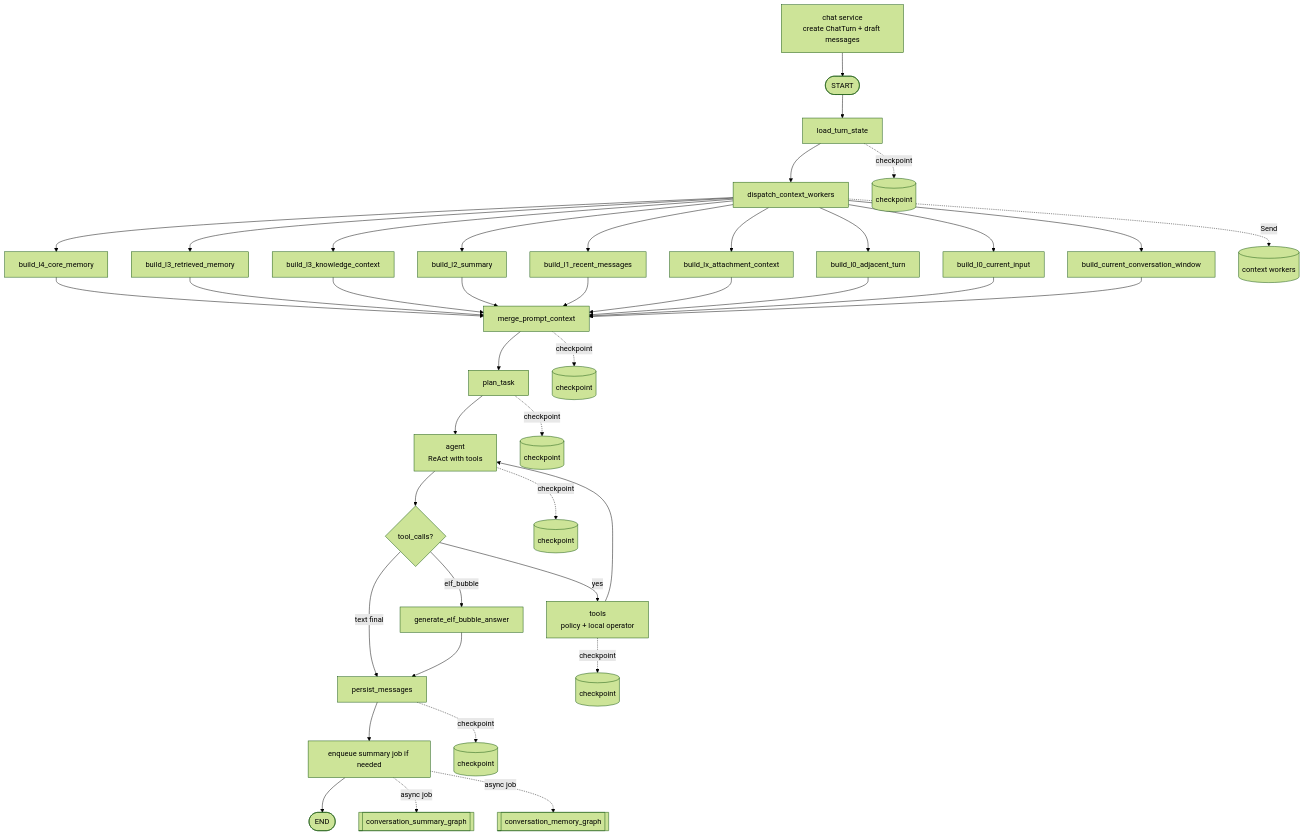
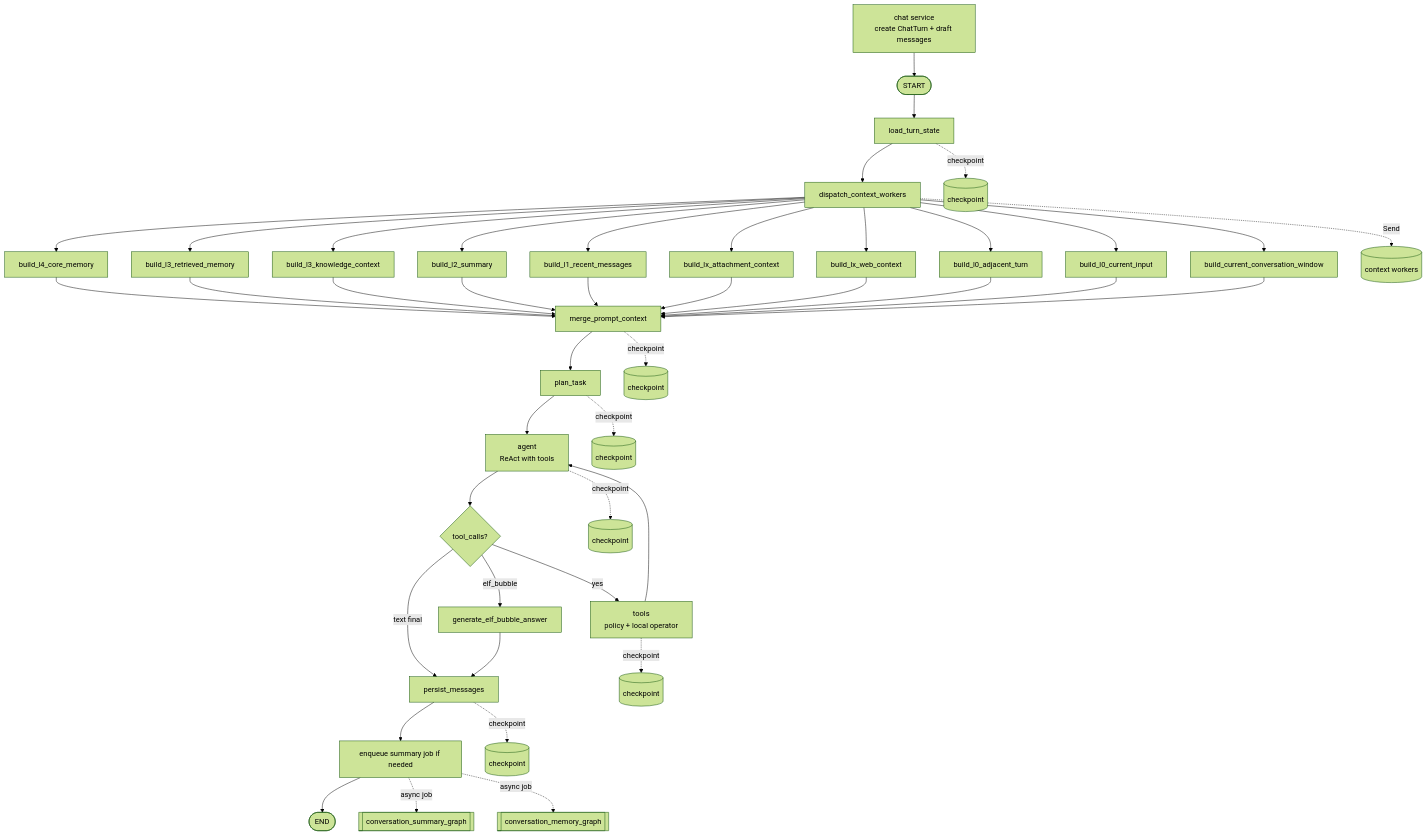
One commit to LiuJiaxuan1024/AiMemo changed the first of 5 diagrams in docs/agent/memory-chat-graph.md. Above: the diagram before and after it, drawn with Mermaid (forest theme). The commit also changed other lines of this file and 43 other files, not shown here.

````diff
--- a/docs/agent/memory-chat-graph.md
+++ b/docs/agent/memory-chat-graph.md
@@ -23,44 +23,46 @@
 ```mermaid
 flowchart TD
     Precreate[chat service<br/>create ChatTurn + draft messages] --> Start([START])
     Start([START]) --> Load[load_turn_state]
     Load --> Dispatch[dispatch_context_workers]
     Dispatch --> L4[build_l4_core_memory]
     Dispatch --> L3[build_l3_retrieved_memory]
     Dispatch --> K35[build_l3_knowledge_context]
     Dispatch --> L2[build_l2_summary]
     Dispatch --> L1[build_l1_recent_messages]
     Dispatch --> LX[build_lx_attachment_context]
+    Dispatch --> LXW[build_lx_web_context]
     Dispatch --> L05[build_l0_adjacent_turn]
     Dispatch --> L0[build_l0_current_input]
     Dispatch --> Window[build_current_conversation_window]
     L4 --> Merge[merge_prompt_context]
     L3 --> Merge
     K35 --> Merge
     L2 --> Merge
     L1 --> Merge
     LX --> Merge
+    LXW --> Merge
     L05 --> Merge
     L0 --> Merge
     Window --> Merge
     Merge --> Plan[plan_task]
     Plan --> Agent[agent<br/>ReAct with tools]
     Agent --> Route{tool_calls?}
     Route -->|yes| Tools[tools<br/>policy + local operator]
     Tools --> Agent
     Route -->|text final| Persist[persist_messages]
     Route -->|elf_bubble| BubbleGenerate[generate_elf_bubble_answer]
     BubbleGenerate --> Persist
     Persist --> MaybeSummary[enqueue summary job if needed]
     MaybeSummary --> End([END])
     MaybeSummary -. async job .-> SummaryGraph[[conversation_summary_graph]]
     MaybeSummary -. async job .-> MemoryGraph[[conversation_memory_graph]]
 
     Load -. checkpoint .-> CP1[(checkpoint)]
     Dispatch -. Send .-> Workers[(context workers)]
     Merge -. checkpoint .-> CP2[(checkpoint)]
     Plan -. checkpoint .-> CPPlan[(checkpoint)]
     Agent -. checkpoint .-> CP3[(checkpoint)]
     Tools -. checkpoint .-> CP4[(checkpoint)]
     Persist -. checkpoint .-> CP5[(checkpoint)]
 ```
````
